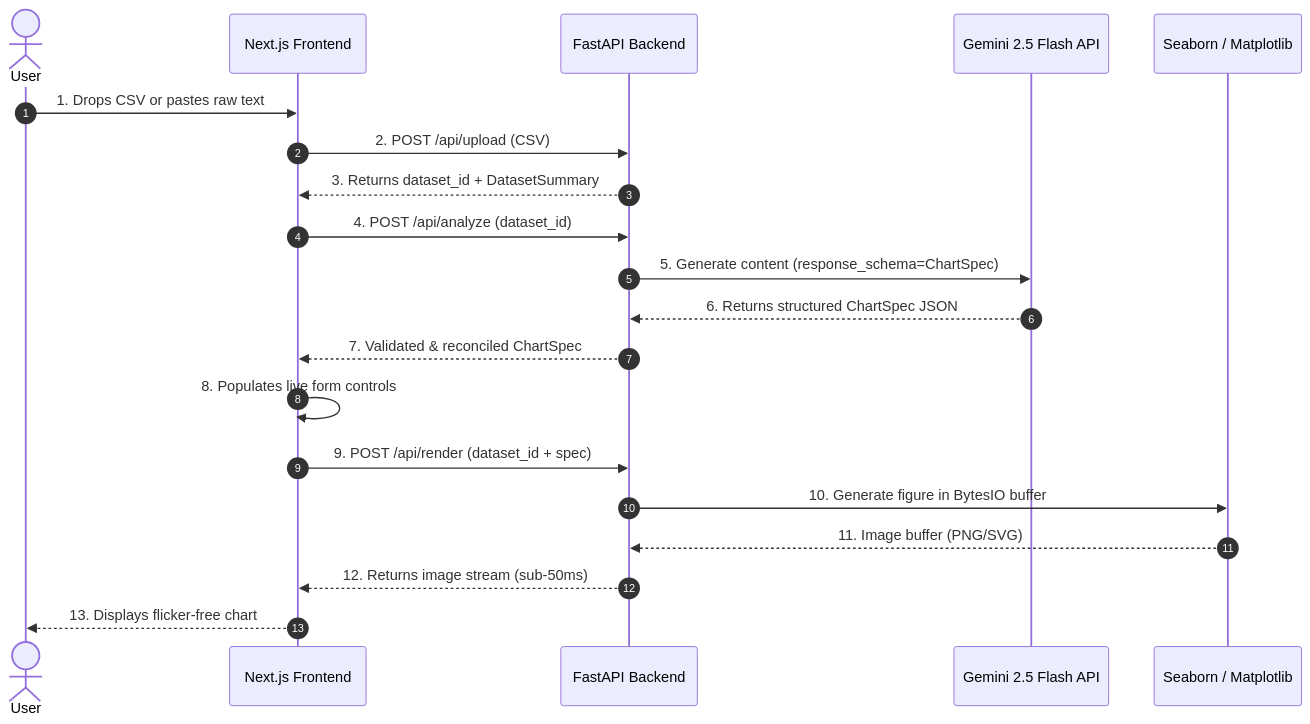
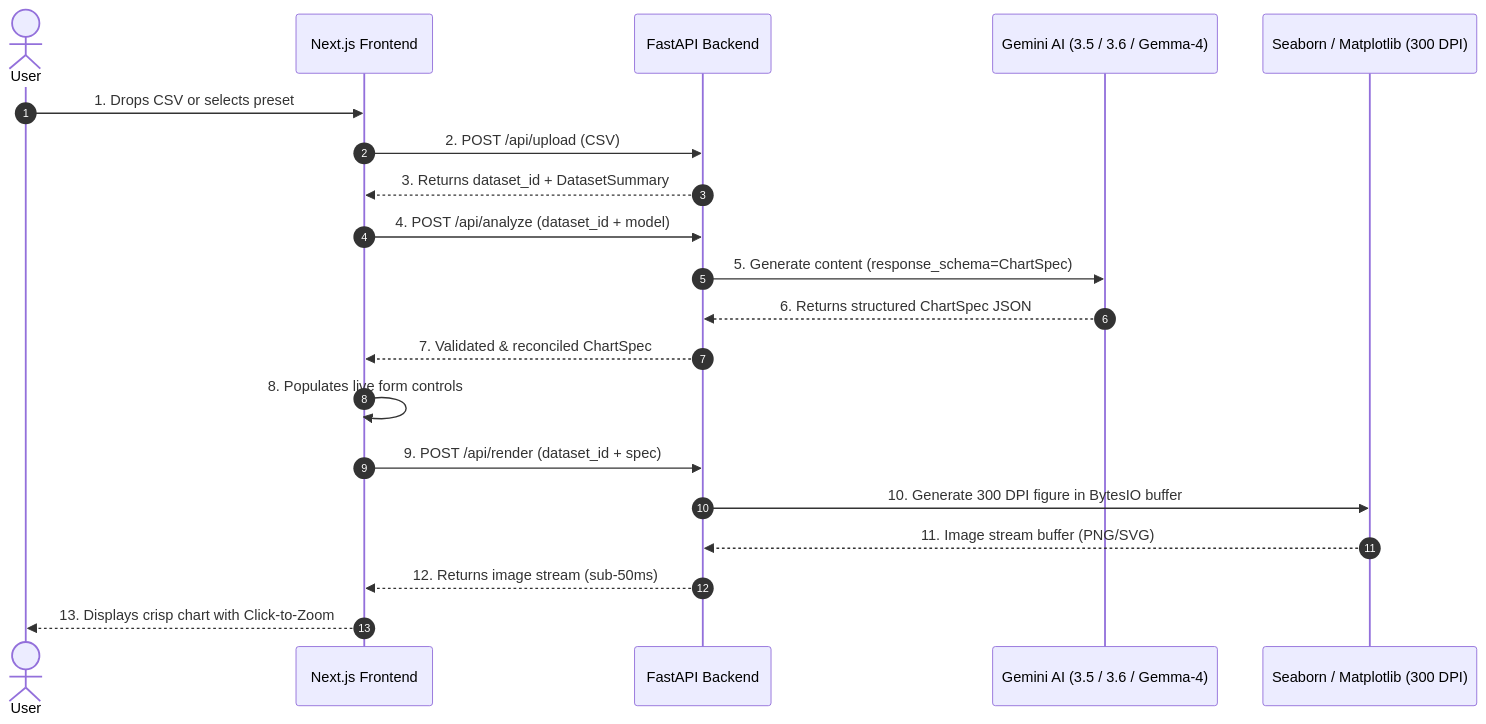
One commit to joehu131/quick-plot-studio changed the diagram in README.md. Above: the diagram before and after it, drawn with Mermaid. The commit also changed other lines of this file, not shown here.

Commit message:
docs: update README with High-Key design, single source config, multi-model selector, and Gemma-4 fallback

````diff
--- a/README.md
+++ b/README.md
@@ -20,23 +24,23 @@
 ```mermaid
 sequenceDiagram
     autonumber
     actor User
     participant NextJS as Next.js Frontend
     participant FastAPI as FastAPI Backend
-    participant Gemini as Gemini 2.5 Flash API
-    participant Seaborn as Seaborn / Matplotlib
+    participant Gemini as Gemini AI (3.5 / 3.6 / Gemma-4)
+    participant Seaborn as Seaborn / Matplotlib (300 DPI)
 
-    User->>NextJS: 1. Drops CSV or pastes raw text
+    User->>NextJS: 1. Drops CSV or selects preset
     NextJS->>FastAPI: 2. POST /api/upload (CSV)
     FastAPI-->>NextJS: 3. Returns dataset_id + DatasetSummary
-    NextJS->>FastAPI: 4. POST /api/analyze (dataset_id)
+    NextJS->>FastAPI: 4. POST /api/analyze (dataset_id + model)
     FastAPI->>Gemini: 5. Generate content (response_schema=ChartSpec)
     Gemini-->>FastAPI: 6. Returns structured ChartSpec JSON
     FastAPI-->>NextJS: 7. Validated & reconciled ChartSpec
     NextJS->>NextJS: 8. Populates live form controls
     NextJS->>FastAPI: 9. POST /api/render (dataset_id + spec)
-    FastAPI->>Seaborn: 10. Generate figure in BytesIO buffer
-    Seaborn-->>FastAPI: 11. Image buffer (PNG/SVG)
+    FastAPI->>Seaborn: 10. Generate 300 DPI figure in BytesIO buffer
+    Seaborn-->>FastAPI: 11. Image stream buffer (PNG/SVG)
     FastAPI-->>NextJS: 12. Returns image stream (sub-50ms)
-    NextJS-->>User: 13. Displays flicker-free chart
+    NextJS-->>User: 13. Displays crisp chart with Click-to-Zoom
 ```
````
